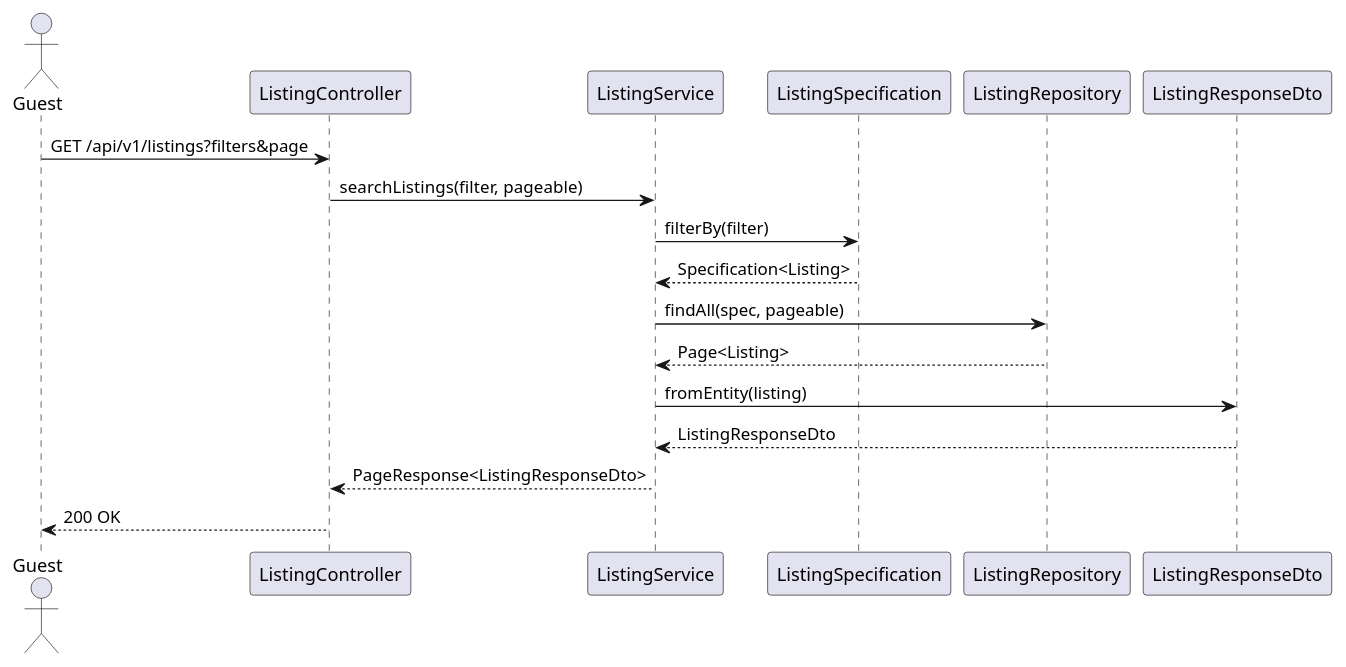
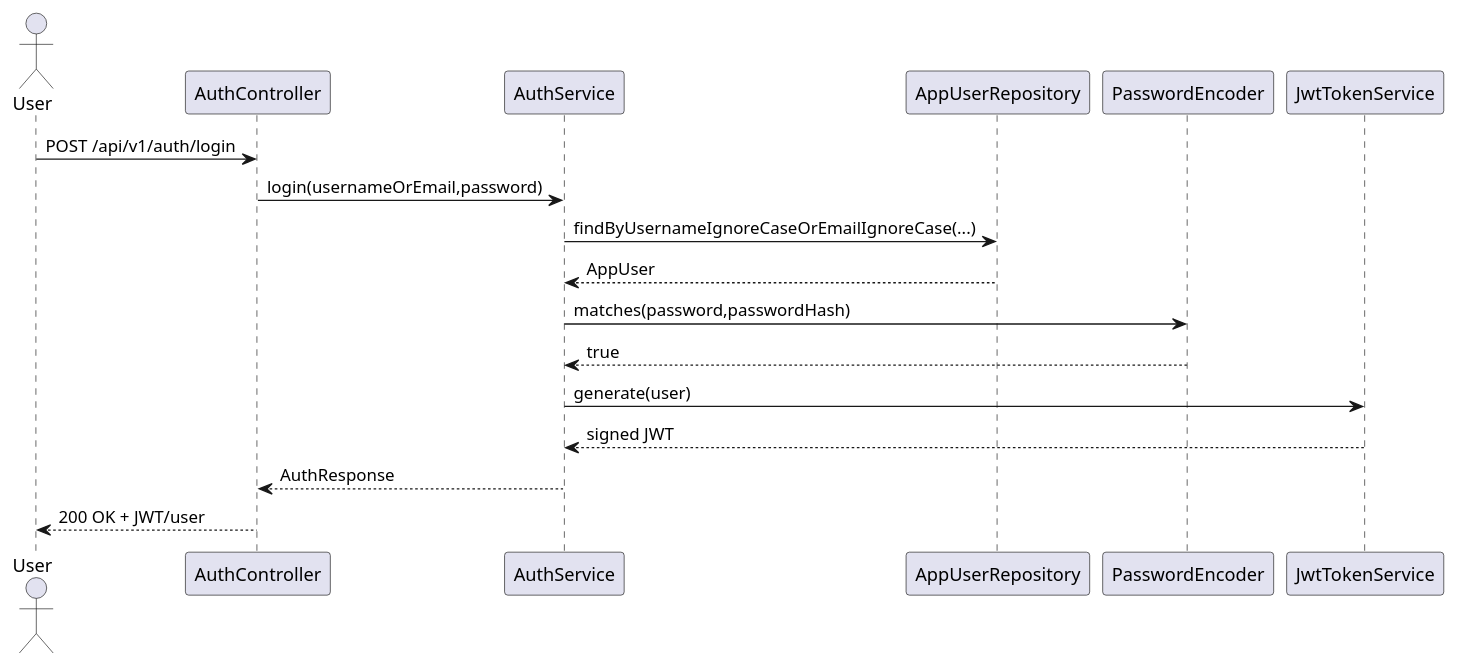
One commit to Trung-Khang/AutoTrade changed the first of 9 diagrams in docs/UML/Sequence_Diagrams.md. Above: the diagram before and after it, drawn with PlantUML. The commit also changed other lines of this file and 9 other files, not shown here.

Commit message:
docs(TV5): cập nhật tài liệu UML, CSDL, SRS và báo cáo tiến độ TV5 - Sáng 1/10/2026

````diff
--- a/docs/UML/Sequence_Diagrams.md
+++ b/docs/UML/Sequence_Diagrams.md
@@ -7,21 +7,21 @@
 ```plantuml
 @startuml
-actor Guest
-participant "ListingController" as C
-participant "ListingService" as S
-participant "ListingSpecification" as SP
-participant "ListingRepository" as R
-participant "ListingResponseDto" as D
+actor User
+participant "AuthController" as C
+participant "AuthService" as S
+participant "AppUserRepository" as UR
+participant "PasswordEncoder" as PE
+participant "JwtTokenService" as J
 
-Guest -> C: GET /api/v1/listings?filters&page
-C -> S: searchListings(filter, pageable)
-S -> SP: filterBy(filter)
-SP --> S: Specification<Listing>
-S -> R: findAll(spec, pageable)
-R --> S: Page<Listing>
-S -> D: fromEntity(listing)
-D --> S: ListingResponseDto
-S --> C: PageResponse<ListingResponseDto>
-C --> Guest: 200 OK
+User -> C: POST /api/v1/auth/login
+C -> S: login(usernameOrEmail,password)
+S -> UR: findByUsernameIgnoreCaseOrEmailIgnoreCase(...)
+UR --> S: AppUser
+S -> PE: matches(password,passwordHash)
+PE --> S: true
+S -> J: generate(user)
+J --> S: signed JWT
+S --> C: AuthResponse
+C --> User: 200 OK + JWT/user
 @enduml
 ```
````
